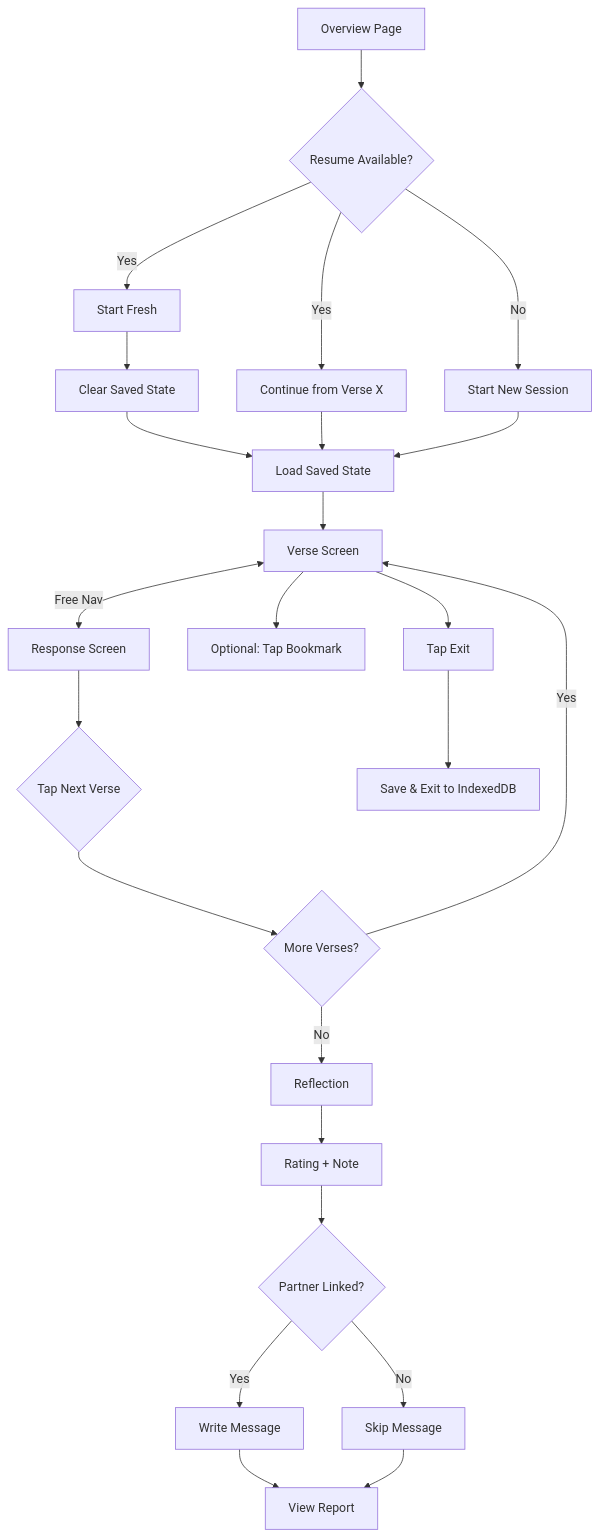
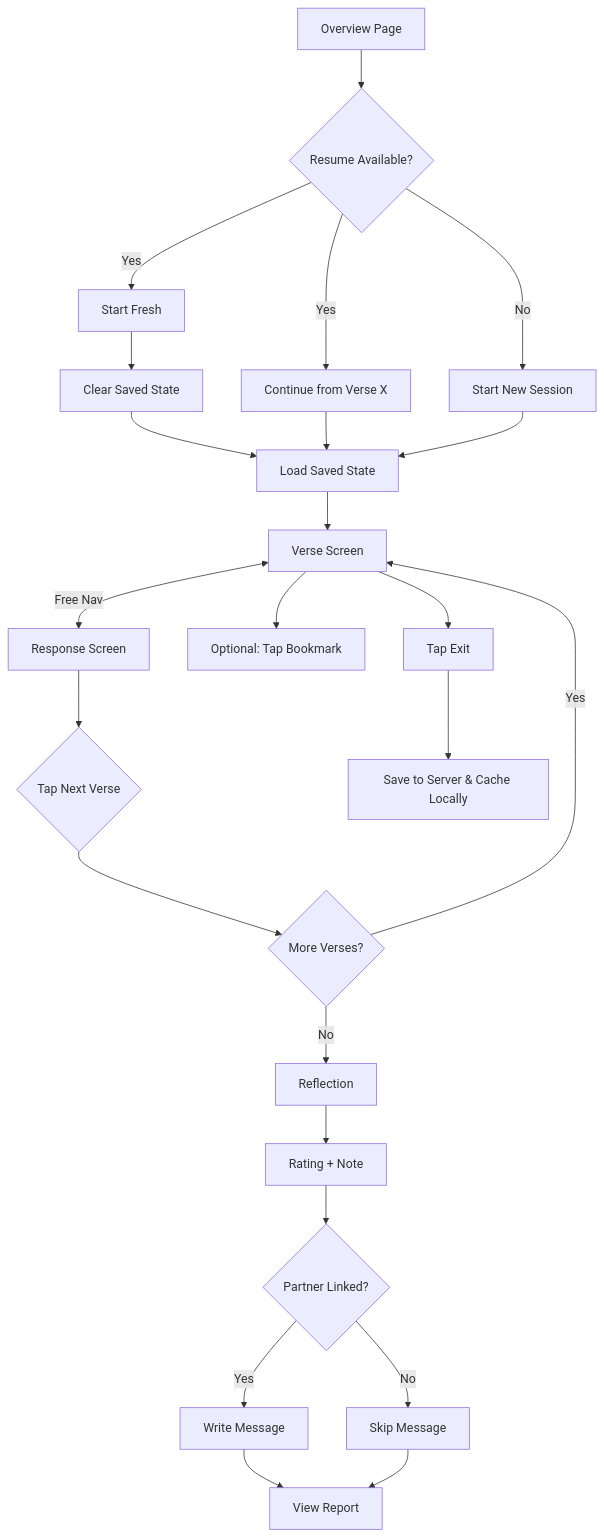
Before and after one commit to Sallvainian/My-Love: the second of 3 diagrams in _bmad-output/planning-artifacts/ux-design-specification.md, drawn with Mermaid. The commit also changed other lines of this file and 76 other files, not shown here.

````diff
--- a/_bmad-output/planning-artifacts/ux-design-specification.md
+++ b/_bmad-output/planning-artifacts/ux-design-specification.md
@@ -839,29 +839,29 @@
 ```mermaid
 flowchart TD
     A[Overview Page] --> B{Resume Available?}
     B -->|Yes| C[Continue from Verse X]
     B -->|Yes| D2[Start Fresh]
     B -->|No| D[Start New Session]
     D2 --> D3[Clear Saved State]
     D3 --> E
     C --> E[Load Saved State]
     D --> E
 
     E --> F[Verse Screen]
     F <-->|Free Nav| G[Response Screen]
     F --> H[Optional: Tap Bookmark]
     G --> I{Tap Next Verse}
     I --> J{More Verses?}
     J -->|Yes| F
     J -->|No| K[Reflection]
 
     F --> L[Tap Exit]
-    L --> M[Save & Exit to IndexedDB]
+    L --> M[Save to Server & Cache Locally]
 
     K --> N[Rating + Note]
     N --> O{Partner Linked?}
     O -->|Yes| P[Write Message]
     O -->|No| Q[Skip Message]
     P --> R[View Report]
     Q --> R
 ```
````
